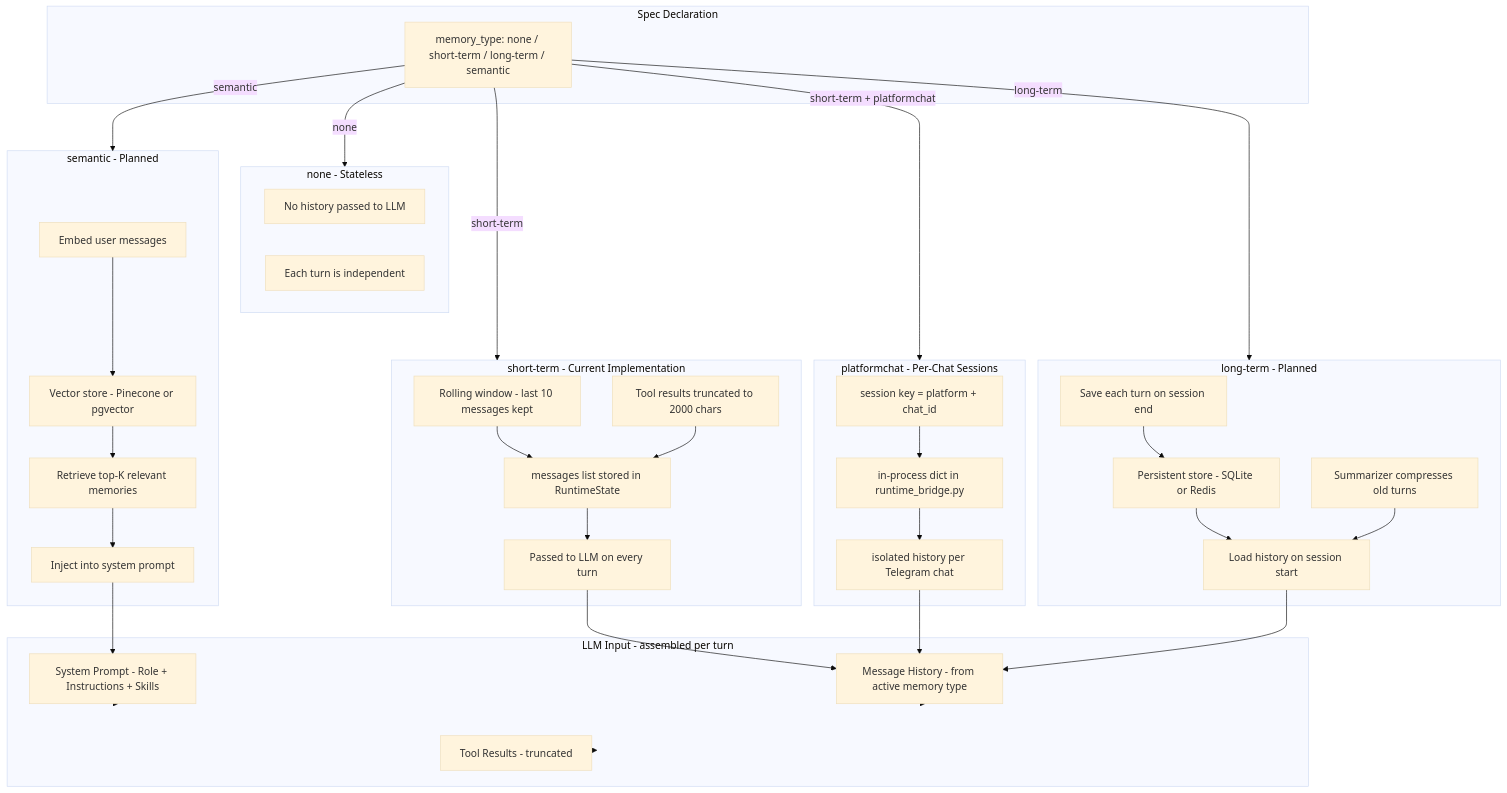
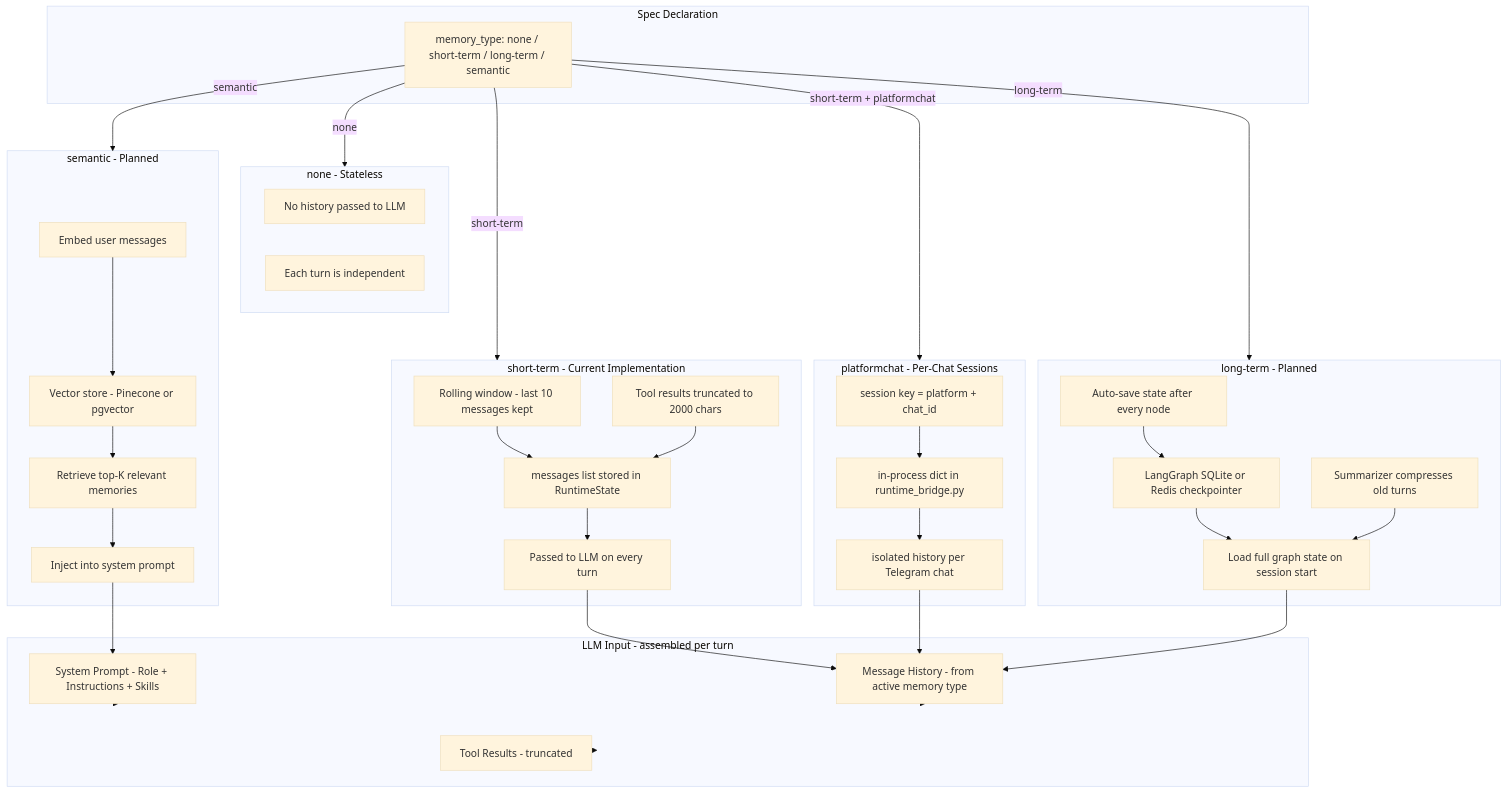
The seventh of 7 diagrams in af_application/docs/architecture.md (RukshanRanasinghe2000/AgentFactory-CLI), drawn with Mermaid (base theme) before and after one commit. The commit also changed other lines of this file, not shown here.

Commit message:
fix(docs): add missing explanations of architectural diagrams

````diff
--- a/af_application/docs/architecture.md
+++ b/af_application/docs/architecture.md
@@ -186,70 +207,70 @@
 ```mermaid
 graph TD
     subgraph DECL["Spec Declaration"]
         MT["memory_type: none / short-term / long-term / semantic"]
     end
 
     subgraph NONE["none - Stateless"]
         N1[No history passed to LLM]
         N2[Each turn is independent]
     end
 
     subgraph ST["short-term - Current Implementation"]
         S1[Rolling window - last 10 messages kept]
         S2[Tool results truncated to 2000 chars]
         S3[messages list stored in RuntimeState]
         S4[Passed to LLM on every turn]
         S1 --> S3
         S2 --> S3
         S3 --> S4
     end
 
     subgraph PLAT["platformchat - Per-Chat Sessions"]
         PC1[session key = platform + chat_id]
         PC2[in-process dict in runtime_bridge.py]
         PC3[isolated history per Telegram chat]
         PC1 --> PC2
         PC2 --> PC3
     end
 
     subgraph LT["long-term - Planned"]
-        L1[Persistent store - SQLite or Redis]
-        L2[Load history on session start]
-        L3[Save each turn on session end]
+        L1[LangGraph SQLite or Redis checkpointer]
+        L2[Load full graph state on session start]
+        L3[Auto-save state after every node]
         L4[Summarizer compresses old turns]
         L1 --> L2
         L3 --> L1
         L4 --> L2
     end
 
     subgraph SEM["semantic - Planned"]
         V1[Embed user messages]
         V2[Vector store - Pinecone or pgvector]
         V3[Retrieve top-K relevant memories]
         V4[Inject into system prompt]
         V1 --> V2
         V2 --> V3
         V3 --> V4
     end
 
     subgraph LLM_IN["LLM Input - assembled per turn"]
         P1[System Prompt - Role + Instructions + Skills]
         P2[Message History - from active memory type]
         P3[Tool Results - truncated]
     end
 
     MT -->|none| NONE
     MT -->|short-term| ST
     MT -->|short-term + platformchat| PLAT
     MT -->|long-term| LT
     MT -->|semantic| SEM
 
     S4 --> P2
     PC3 --> P2
     L2 --> P2
     V4 --> P1
 
     P1 --> LLM_IN
     P2 --> LLM_IN
     P3 --> LLM_IN
 ```
````
